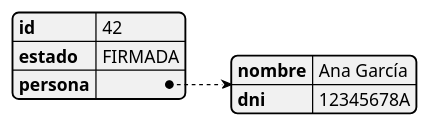
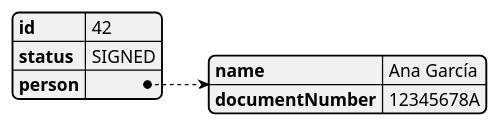
Diagram 17 of 18 in .claude/skills/plantuml/references/diagram-types.md (matiaspakua/notaire), drawn with PlantUML before and after one commit. The commit also changed other lines of this file and 52 other files, not shown here.

````diff
--- a/.claude/skills/plantuml/references/diagram-types.md
+++ b/.claude/skills/plantuml/references/diagram-types.md
@@ -453,9 +453,9 @@
 ```plantuml
 @startjson
 {
   "id": 42,
-  "estado": "FIRMADA",
-  "persona": {"nombre": "Ana García", "dni": "12345678A"}
+  "status": "SIGNED",
+  "person": {"name": "Ana García", "documentNumber": "12345678A"}
 }
 @endjson
 ```
````
